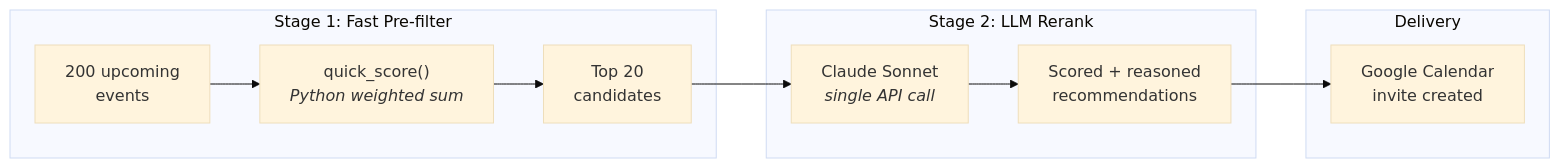
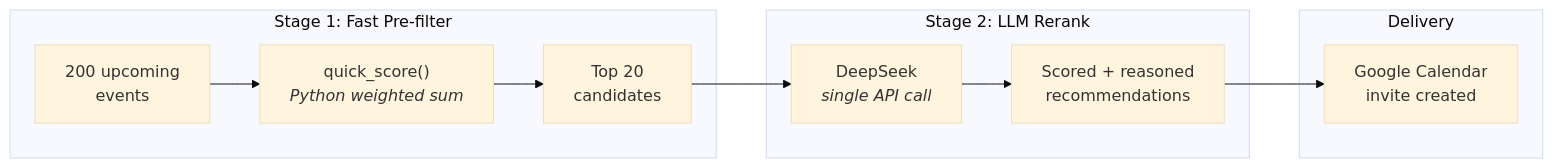
One commit to palc2/event-recommender changed the third of 5 diagrams in README.md. Above: the diagram before and after it, drawn with Mermaid (base theme). The commit also changed other lines of this file and 15 other files, not shown here.

````diff
--- a/README.md
+++ b/README.md
@@ -88,16 +88,16 @@
 ```mermaid
 graph LR
     subgraph "Stage 1: Fast Pre-filter"
         E[200 upcoming<br/>events] --> QS["quick_score()<br/><i>Python weighted sum</i>"]
         QS --> F["Top 20<br/>candidates"]
     end
 
     subgraph "Stage 2: LLM Rerank"
-        F --> LLM["Claude Sonnet<br/><i>single API call</i>"]
+        F --> LLM["DeepSeek<br/><i>single API call</i>"]
         LLM --> R["Scored + reasoned<br/>recommendations"]
     end
 
     subgraph "Delivery"
         R --> CAL["Google Calendar<br/>invite created"]
     end
 ```
````
